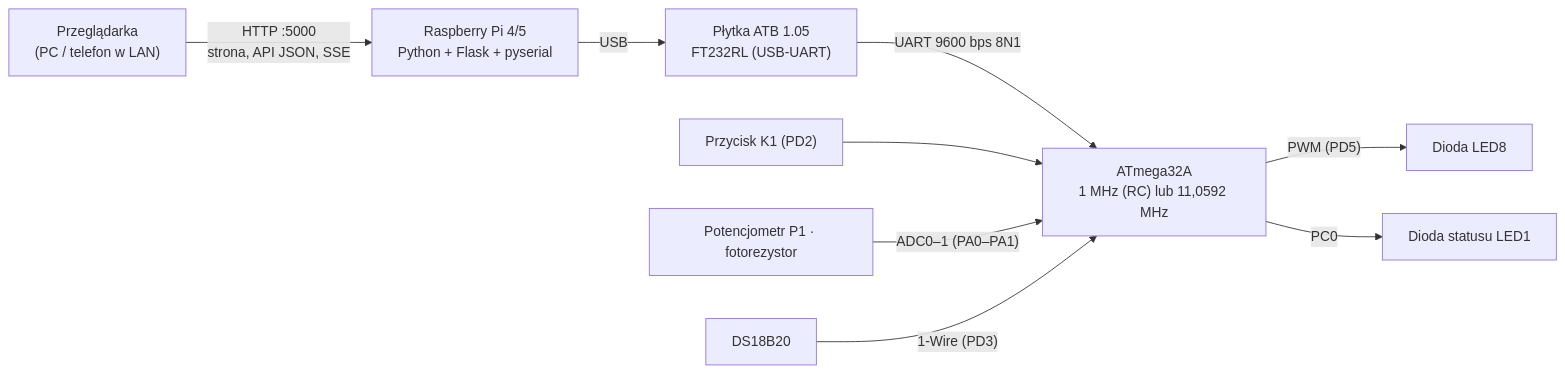
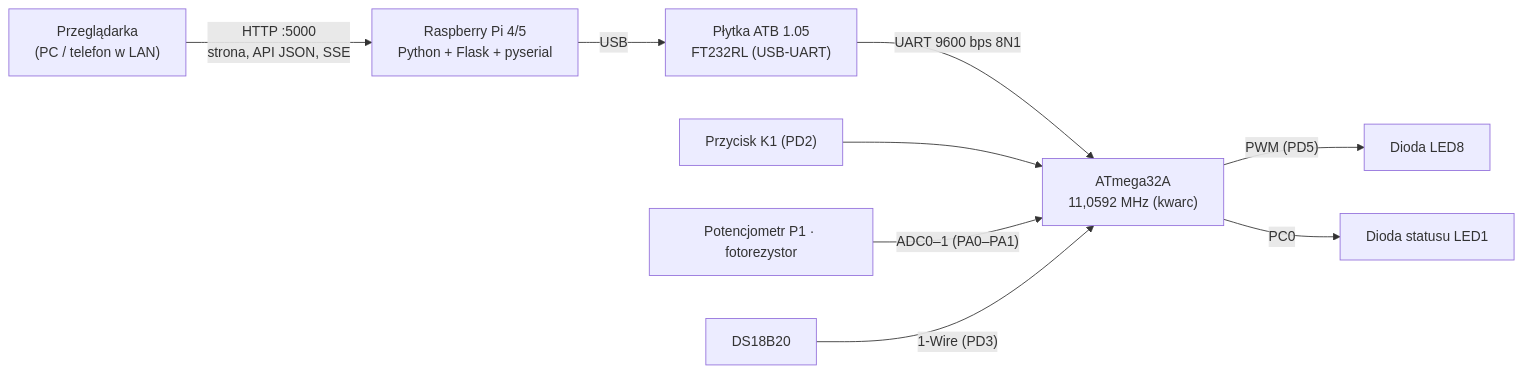
One commit to kotoanidev/szkola-zdalne-sterowanie changed the first of 2 diagrams in README.md. Above: the diagram before and after it, drawn with Mermaid. The commit also changed other lines of this file and 3 other files, not shown here.

````diff
--- a/README.md
+++ b/README.md
@@ -75,11 +75,11 @@
 ```mermaid
 flowchart LR
     U["Przeglądarka<br/>(PC / telefon w LAN)"] -- "HTTP :5000<br/>strona, API JSON, SSE" --> S["Raspberry Pi 4/5<br/>Python + Flask + pyserial"]
     S -- USB --> K["Płytka ATB 1.05<br/>FT232RL (USB-UART)"]
-    K -- "UART 9600 bps 8N1" --> M["ATmega32A<br/>1 MHz (RC) lub 11,0592 MHz"]
+    K -- "UART 9600 bps 8N1" --> M["ATmega32A<br/>11,0592 MHz (kwarc)"]
     M -- "PWM (PD5)" --> L["Dioda LED8"]
     M -- "PC0" --> ST["Dioda statusu LED1"]
     B["Przycisk K1 (PD2)"] --> M
     A["Potencjometr P1 · fotorezystor"] -- "ADC0–1 (PA0–PA1)" --> M
     T["DS18B20"] -- "1-Wire (PD3)" --> M
 ```
````
